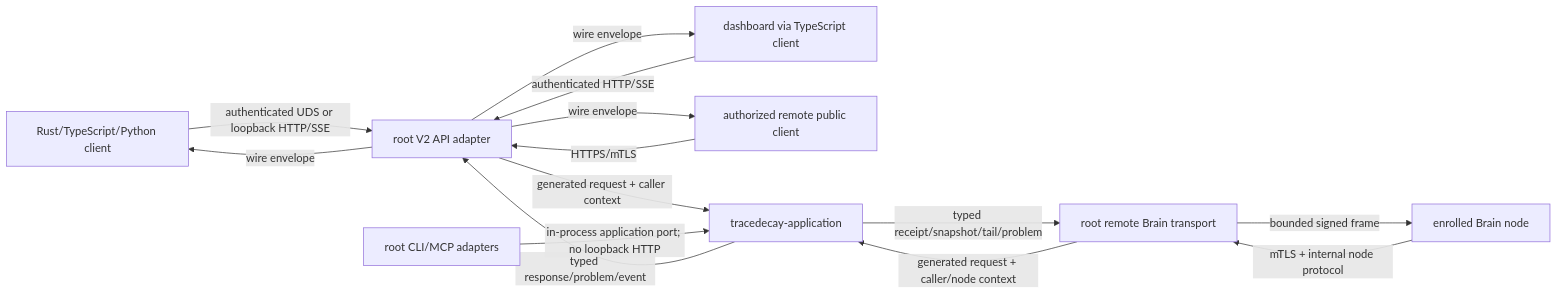
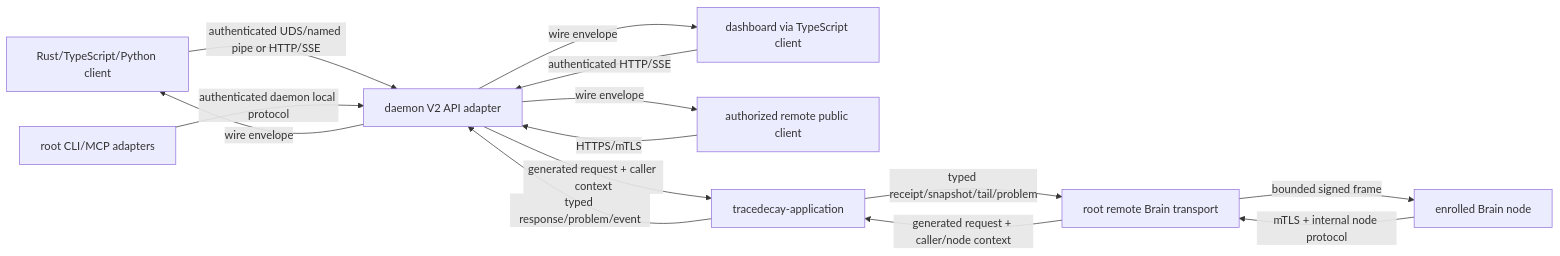
The second of 2 diagrams in docs/plans/tracedecay-v2/19-system-defragmentation-convergence-and-extensibility.md (ScriptedAlchemy/tracedecay), drawn with Mermaid before and after one commit. The commit also changed other lines of this file and 16 other files, not shown here.

````diff
--- a/docs/plans/tracedecay-v2/19-system-defragmentation-convergence-and-extensibility.md
+++ b/docs/plans/tracedecay-v2/19-system-defragmentation-convergence-and-extensibility.md
@@ -414,16 +414,16 @@
 ```mermaid
 flowchart LR
-    RC["Rust/TypeScript/Python client"] -->|"authenticated UDS or loopback HTTP/SSE"| API["root V2 API adapter"]
+    RC["Rust/TypeScript/Python client"] -->|"authenticated UDS/named pipe or HTTP/SSE"| API["daemon V2 API adapter"]
     UI["dashboard via TypeScript client"] -->|"authenticated HTTP/SSE"| API
     REMOTE["authorized remote public client"] -->|"HTTPS/mTLS"| API
     API -->|"generated request + caller context"| A["tracedecay-application"]
     A -->|"typed response/problem/event"| API
     API -->|"wire envelope"| RC
     API -->|"wire envelope"| UI
     API -->|"wire envelope"| REMOTE
     NODE["enrolled Brain node"] -->|"mTLS + internal node protocol"| RB["root remote Brain transport"]
     RB -->|"generated request + caller/node context"| A
     A -->|"typed receipt/snapshot/tail/problem"| RB
     RB -->|"bounded signed frame"| NODE
-    ROOT["root CLI/MCP adapters"] -->|"in-process application port; no loopback HTTP"| A
+    ROOT["root CLI/MCP adapters"] -->|"authenticated daemon local protocol"| API
 ```
````
